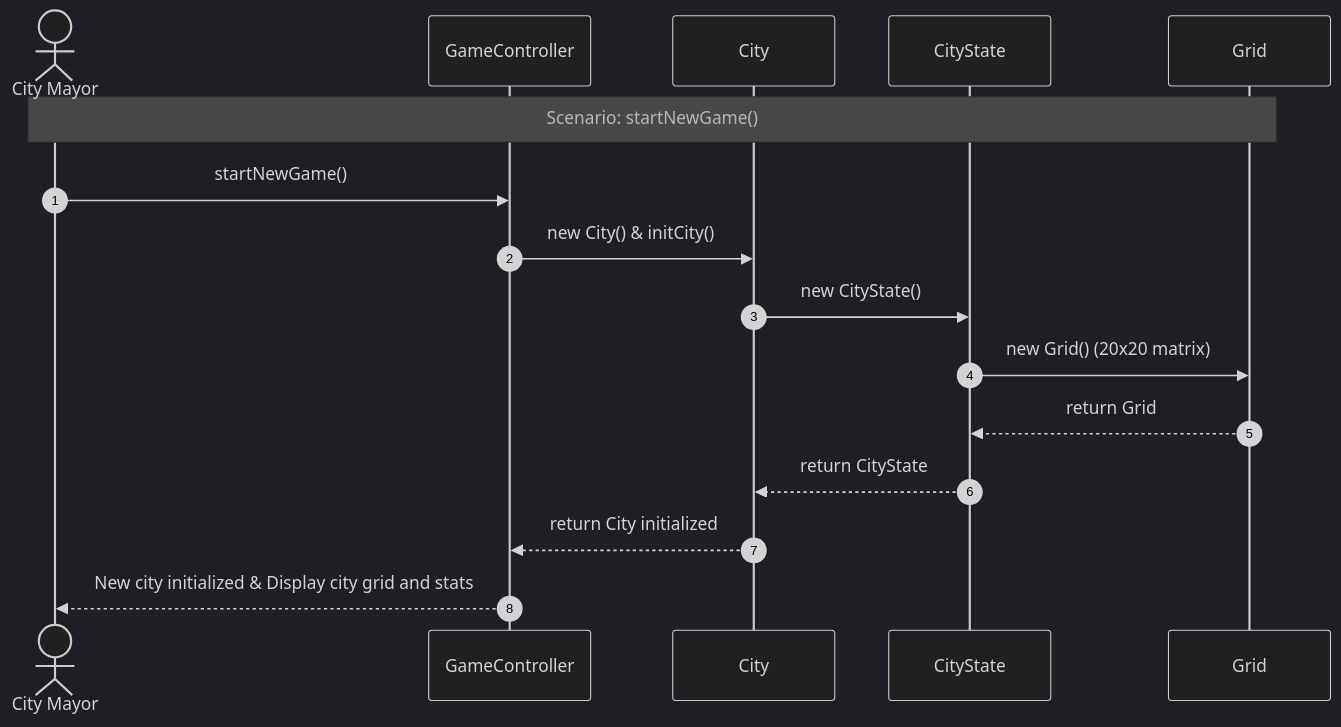
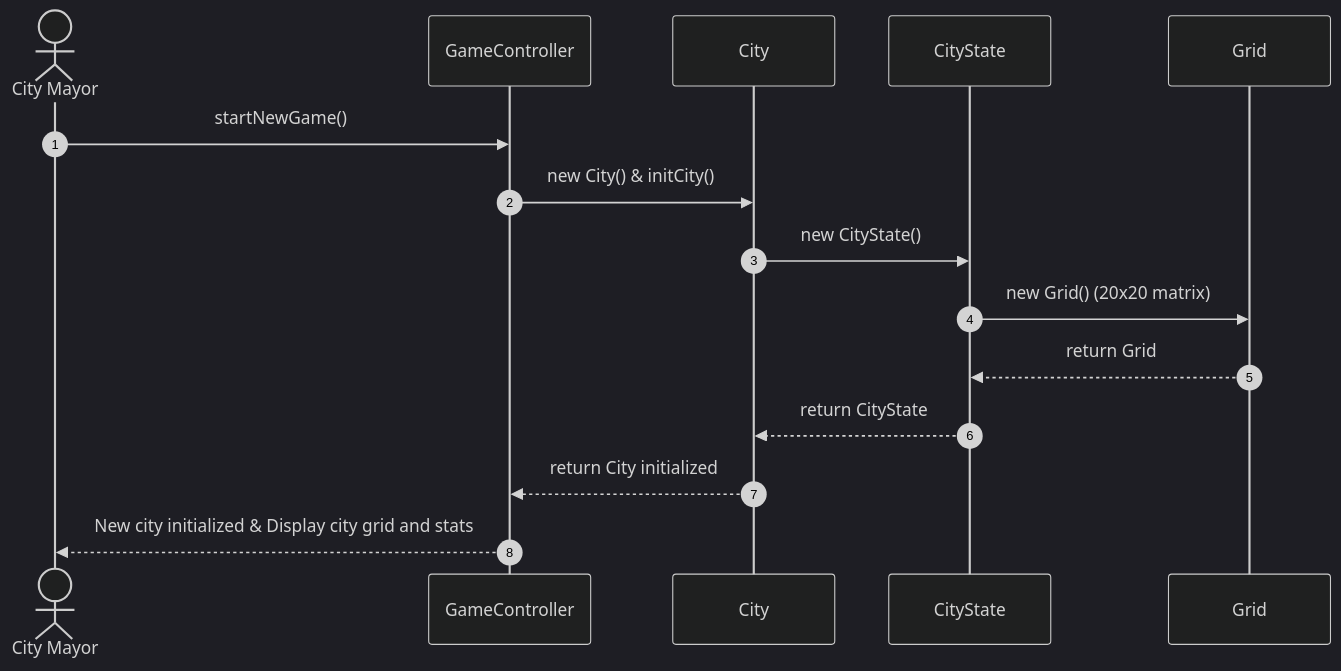
The diagram in docs/INTERNAL-SEQUENCE-DIAGRAM/isd-initialize-city.md (andreatoson3-netizen/Amatriciana), drawn with Mermaid (dark theme) before and after one commit.

````diff
--- a/docs/INTERNAL-SEQUENCE-DIAGRAM/isd-initialize-city.md
+++ b/docs/INTERNAL-SEQUENCE-DIAGRAM/isd-initialize-city.md
@@ -1,19 +1,19 @@
 ```mermaid
 sequenceDiagram
     autonumber
     actor Mayor as City Mayor
     participant Controller as GameController
     participant CityObj as City
     participant State as CityState
     participant TheGrid as Grid
 
-    Note over Mayor, TheGrid: Scenario: startNewGame()
+    
     Mayor->>Controller: startNewGame()
     Controller->>CityObj: new City() & initCity()
     CityObj->>State: new CityState()
     State->>TheGrid: new Grid() (20x20 matrix)
     TheGrid-->>State: return Grid
     State-->>CityObj: return CityState
     CityObj-->>Controller: return City initialized
     Controller-->>Mayor: New city initialized & Display city grid and stats
 ```
````
